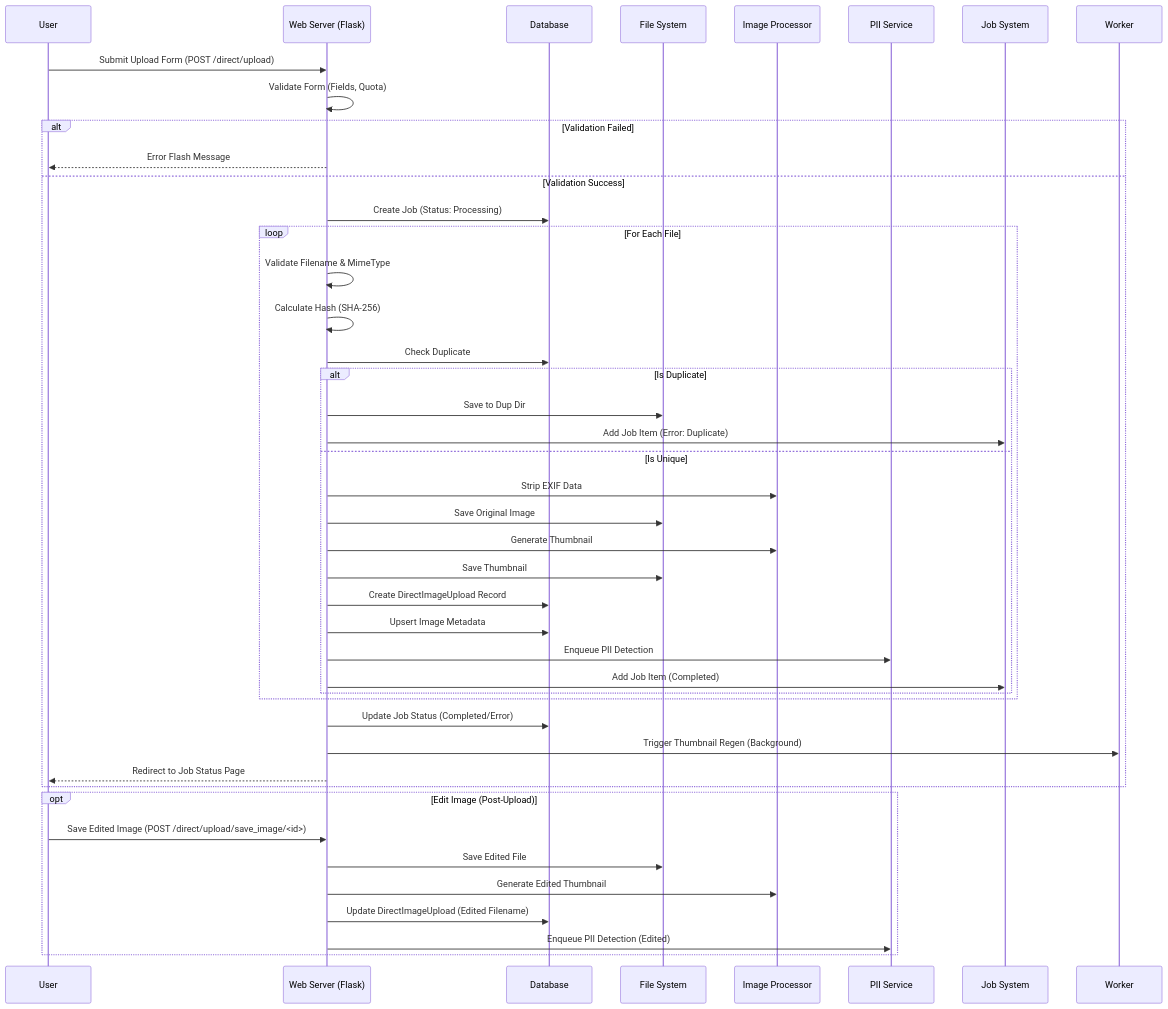
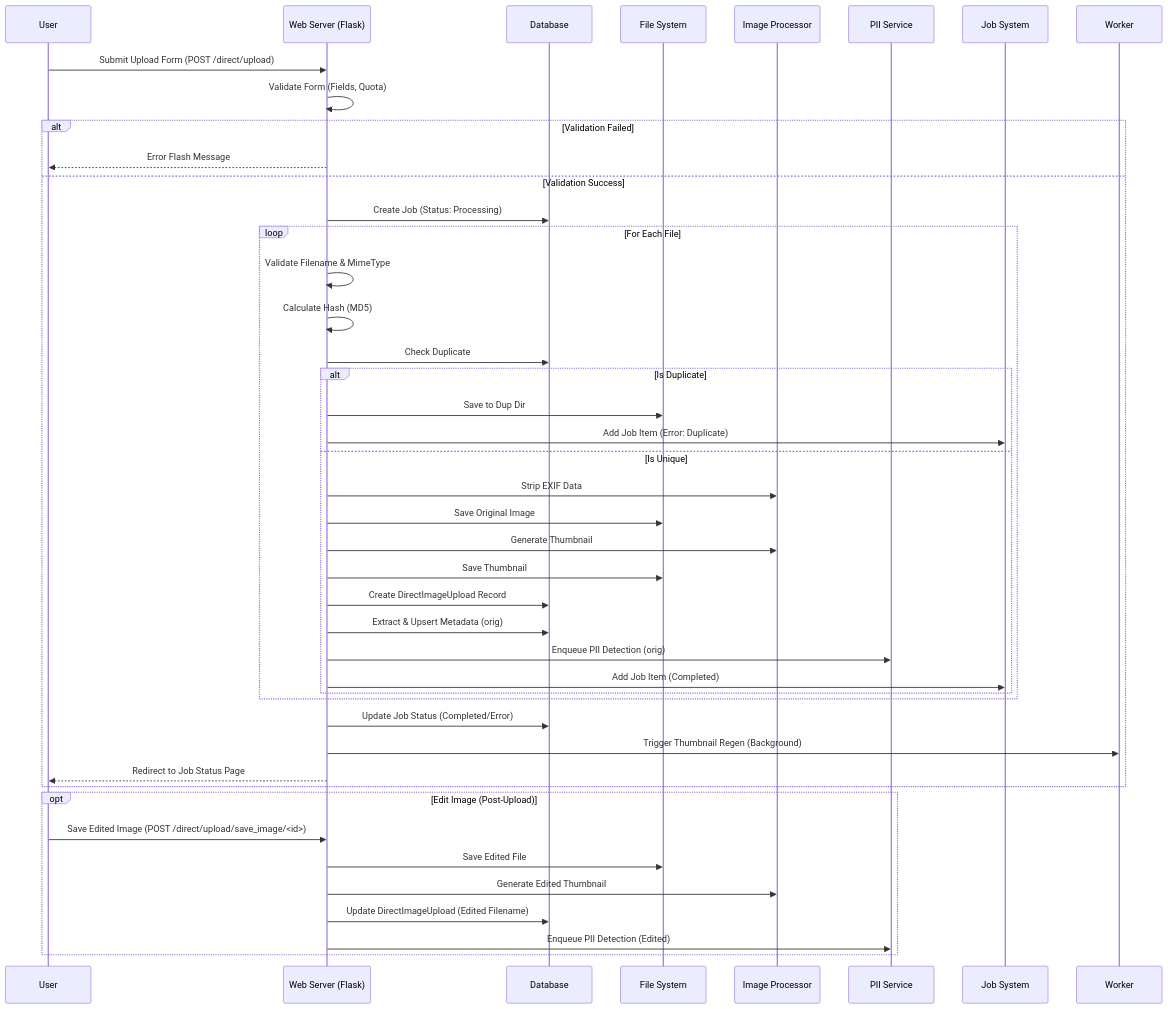
Before and after one commit to drguptavivek/fundus_img_xtract: the diagram in docs/08-Workflow/02-Direct_Upload_Workflow.md, drawn with Mermaid. The commit also changed other lines of this file and 9 other files, not shown here.

````diff
--- a/docs/08-Workflow/02-Direct_Upload_Workflow.md
+++ b/docs/08-Workflow/02-Direct_Upload_Workflow.md
@@ -5,52 +10,52 @@
 ```mermaid
 sequenceDiagram
     participant User
     participant WebServer as Web Server (Flask)
     participant DB as Database
     participant FileSystem as File System
     participant ImageProc as Image Processor
     participant PII as PII Service
     participant JobSystem as Job System
 
     User->>WebServer: Submit Upload Form (POST /direct/upload)
     WebServer->>WebServer: Validate Form (Fields, Quota)
     
     alt Validation Failed
         WebServer-->>User: Error Flash Message
     else Validation Success
         WebServer->>DB: Create Job (Status: Processing)
         
         loop For Each File
             WebServer->>WebServer: Validate Filename & MimeType
-            WebServer->>WebServer: Calculate Hash (SHA-256)
+            WebServer->>WebServer: Calculate Hash (MD5)
             WebServer->>DB: Check Duplicate
             
             alt Is Duplicate
                 WebServer->>FileSystem: Save to Dup Dir
                 WebServer->>JobSystem: Add Job Item (Error: Duplicate)
             else Is Unique
                 WebServer->>ImageProc: Strip EXIF Data
                 WebServer->>FileSystem: Save Original Image
                 WebServer->>ImageProc: Generate Thumbnail
                 WebServer->>FileSystem: Save Thumbnail
                 
                 WebServer->>DB: Create DirectImageUpload Record
-                WebServer->>DB: Upsert Image Metadata
-                WebServer->>PII: Enqueue PII Detection
+                WebServer->>DB: Extract & Upsert Metadata (orig)
+                WebServer->>PII: Enqueue PII Detection (orig)
                 WebServer->>JobSystem: Add Job Item (Completed)
             end
         end
         
         WebServer->>DB: Update Job Status (Completed/Error)
         WebServer->>Worker: Trigger Thumbnail Regen (Background)
         WebServer-->>User: Redirect to Job Status Page
     end
     
     opt Edit Image (Post-Upload)
         User->>WebServer: Save Edited Image (POST /direct/upload/save_image/<id>)
         WebServer->>FileSystem: Save Edited File
         WebServer->>ImageProc: Generate Edited Thumbnail
         WebServer->>DB: Update DirectImageUpload (Edited Filename)
         WebServer->>PII: Enqueue PII Detection (Edited)
     end
 ```
````
